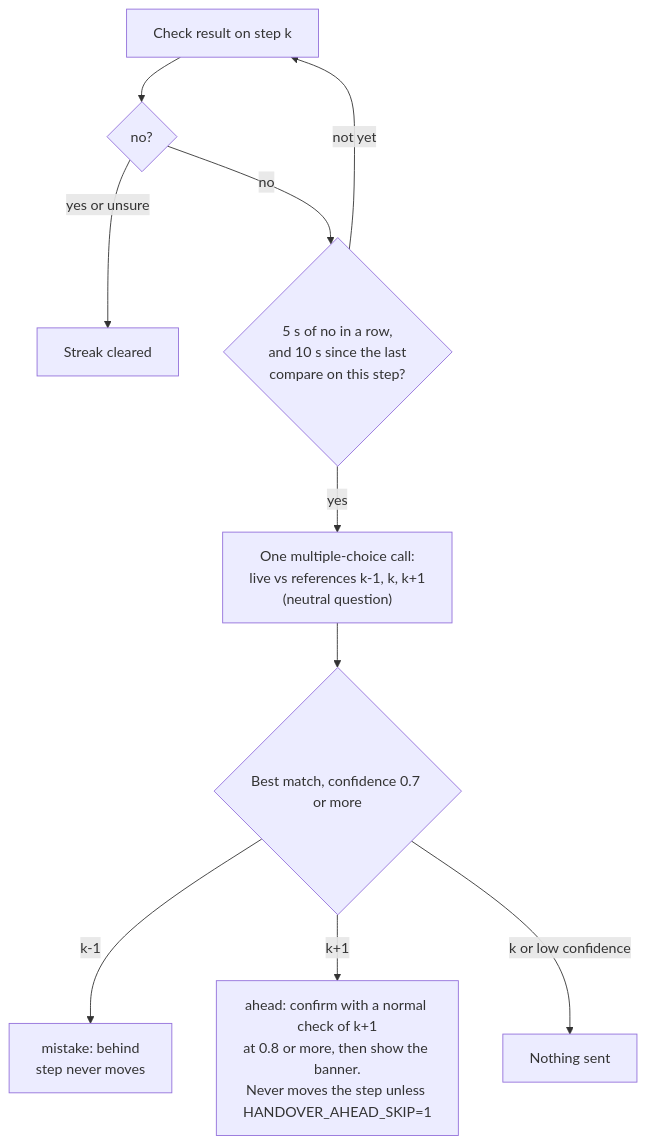
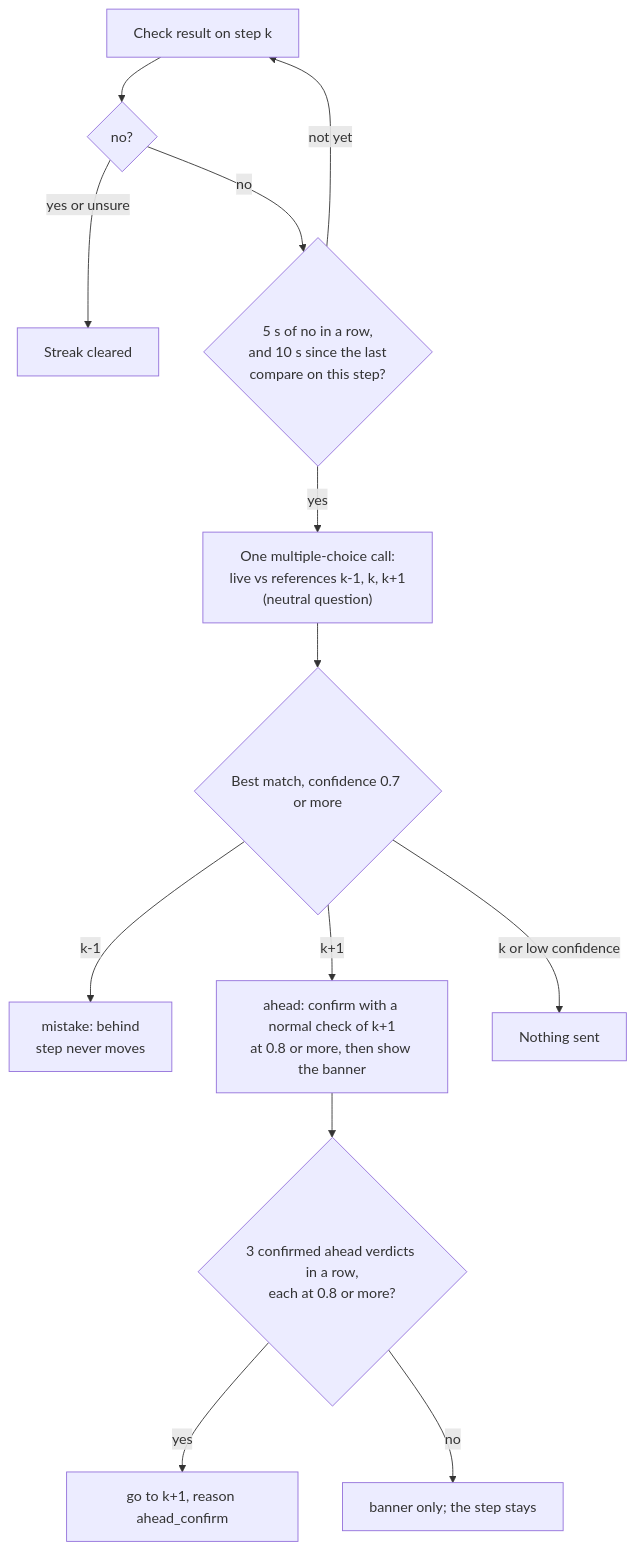
One commit to pr4nav3/HandOver changed the third of 3 diagrams in server/docs/checks.md. Above: the diagram before and after it, drawn with Mermaid. The commit also changed other lines of this file and 17 other files, not shown here.

Commit message:
Engine: questions hold at any rotation, ahead_confirm recovers a missed step, understand_override stops understanding blocking clear passes, 15 fps feed to screens at the same check rate, run_done and run_stop known to Databricks, preflight reads .env

````diff
--- a/server/docs/checks.md
+++ b/server/docs/checks.md
@@ -101,12 +105,15 @@
 ```mermaid
 flowchart TD
   r["Check result on step k"] --> n{"no?"}
   n -->|yes or unsure| z["Streak cleared"]
   n -->|no| t{"5 s of no in a row,<br/>and 10 s since the last<br/>compare on this step?"}
   t -->|not yet| r
   t -->|yes| cmp["One multiple-choice call:<br/>live vs references k-1, k, k+1<br/>(neutral question)"]
   cmp --> dec{"Best match, confidence 0.7 or more"}
   dec -->|k-1| be["mistake: behind<br/>step never moves"]
-  dec -->|k+1| ah["ahead: confirm with a normal check of k+1<br/>at 0.8 or more, then show the banner.<br/>Never moves the step unless HANDOVER_AHEAD_SKIP=1"]
+  dec -->|k+1| ah["ahead: confirm with a normal check of k+1<br/>at 0.8 or more, then show the banner"]
+  ah --> st{"3 confirmed ahead verdicts in a row,<br/>each at 0.8 or more?"}
+  st -->|yes| adv["go to k+1, reason ahead_confirm"]
+  st -->|no| keep["banner only; the step stays"]
   dec -->|k or low confidence| none["Nothing sent"]
 ```
````
